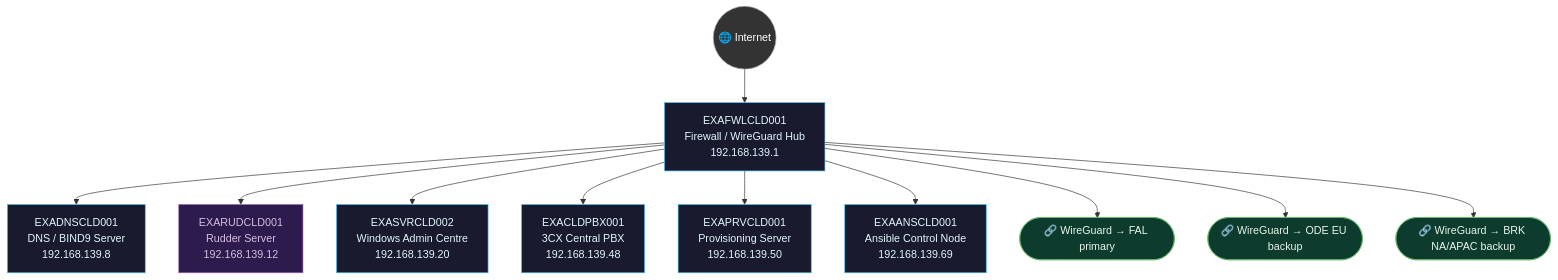
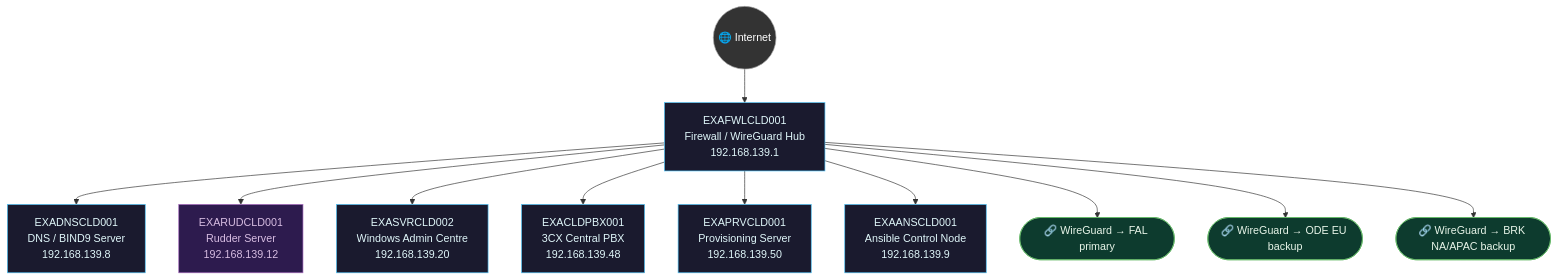
The first of 42 diagrams in docs/network-diagram.md (knightmare2600/example_music_infra), drawn with Mermaid before and after one commit. The commit also changed 13 other files, not shown here.

````diff
--- a/docs/network-diagram.md
+++ b/docs/network-diagram.md
@@ -91,35 +91,35 @@
 ```mermaid
 graph TD
     INET(("🌐 Internet"))
     FWLCLD["EXAFWLCLD001\nFirewall / WireGuard Hub\n192.168.139.1"]
     DNS["EXADNSCLD001\nDNS / BIND9 Server\n192.168.139.8"]
     RUD["EXARUDCLD001\nRudder Server\n192.168.139.12"]
     WAC["EXASVRCLD002\nWindows Admin Centre\n192.168.139.20"]
     PBX["EXACLDPBX001\n3CX Central PBX\n192.168.139.48"]
     PRV["EXAPRVCLD001\nProvisioning Server\n192.168.139.50"]
-    ANS["EXAANSCLD001\nAnsible Control Node\n192.168.139.69"]
+    ANS["EXAANSCLD001\nAnsible Control Node\n192.168.139.9"]
 
     VPN_FAL(["🔗 WireGuard → FAL primary"])
     VPN_ODE(["🔗 WireGuard → ODE EU backup"])
     VPN_BRK(["🔗 WireGuard → BRK NA/APAC backup"])
 
     INET --> FWLCLD
     FWLCLD --> DNS
     FWLCLD --> RUD
     FWLCLD --> WAC
     FWLCLD --> PBX
     FWLCLD --> PRV
     FWLCLD --> ANS
     FWLCLD --> VPN_FAL
     FWLCLD --> VPN_ODE
     FWLCLD --> VPN_BRK
 
     classDef server fill:#1a1a2e,stroke:#4fc3f7,color:#e0f7fa
     classDef rudder fill:#2d1b4e,stroke:#a569bd,color:#d7bde2
     classDef vpn fill:#0d3b2e,stroke:#66bb6a,color:#e8f5e9
     classDef inet fill:#333,stroke:#aaa,color:#fff
     class FWLCLD,DNS,WAC,PBX,PRV,ANS server
     class RUD rudder
     class VPN_FAL,VPN_ODE,VPN_BRK vpn
     class INET inet
 ```
````
